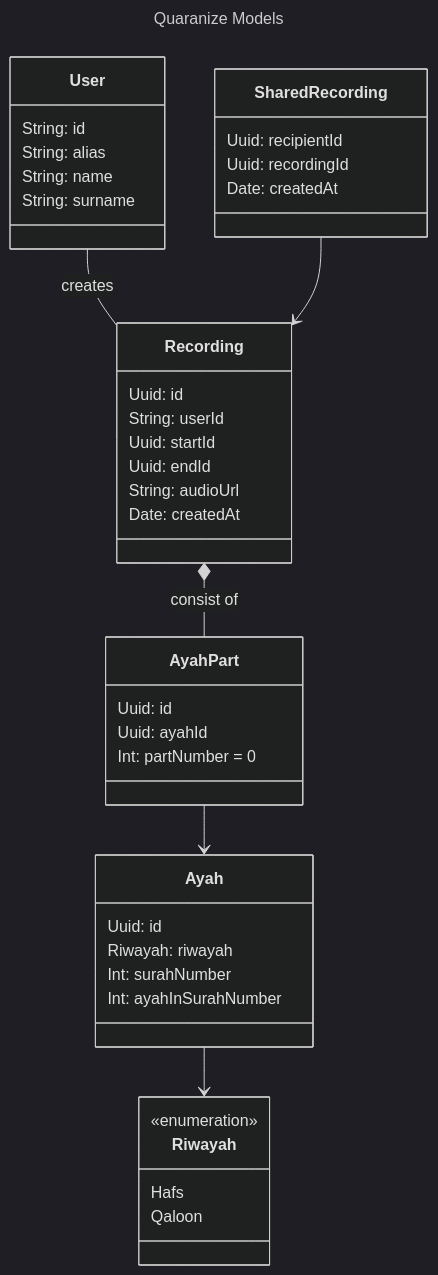
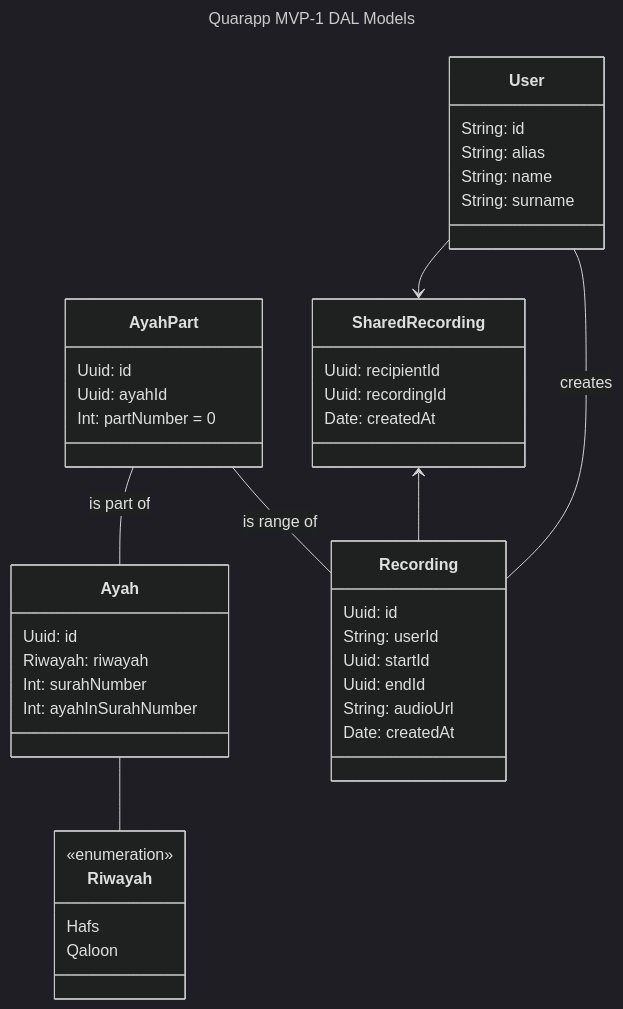
One commit to CrowdsourcingApps/QuaranApp_Backend changed the diagram in models_mvp_v1.mmd. Above: the diagram before and after it, drawn with Mermaid (dark theme). The commit also changed 2 other files, not shown here.

Commit message:
Fix/Updated old diagrams

```diff
--- a/models_mvp_v1.mmd
+++ b/models_mvp_v1.mmd
@@ -1,44 +1,45 @@
 ---
-title: Quaranize Models
+title: Quarapp MVP-1 DAL Models
 ---
 classDiagram
 class Riwayah {
     <<enumeration>>
     Hafs
     Qaloon
 }
 class AyahPart {
     Uuid: id
     Uuid: ayahId
     Int: partNumber = 0
 }
 class Ayah {
     Uuid: id
     Riwayah: riwayah
     Int: surahNumber
     Int: ayahInSurahNumber
 }
 class User {
     String: id
     String: alias
     String: name
     String: surname
 }
 class Recording {
     Uuid: id
     String: userId
     Uuid: startId
     Uuid: endId
     String: audioUrl
     Date: createdAt
 }
 class SharedRecording {
     Uuid: recipientId
     Uuid: recordingId
     Date: createdAt
 }
-Recording *-- AyahPart: consist of
 User -- Recording: creates
-AyahPart --> Ayah
-Ayah --> Riwayah
-SharedRecording --> Recording
+User --> SharedRecording
+SharedRecording <-- Recording
+AyahPart -- Recording: is range of
+AyahPart -- Ayah: is part of
+Ayah -- Riwayah
```
